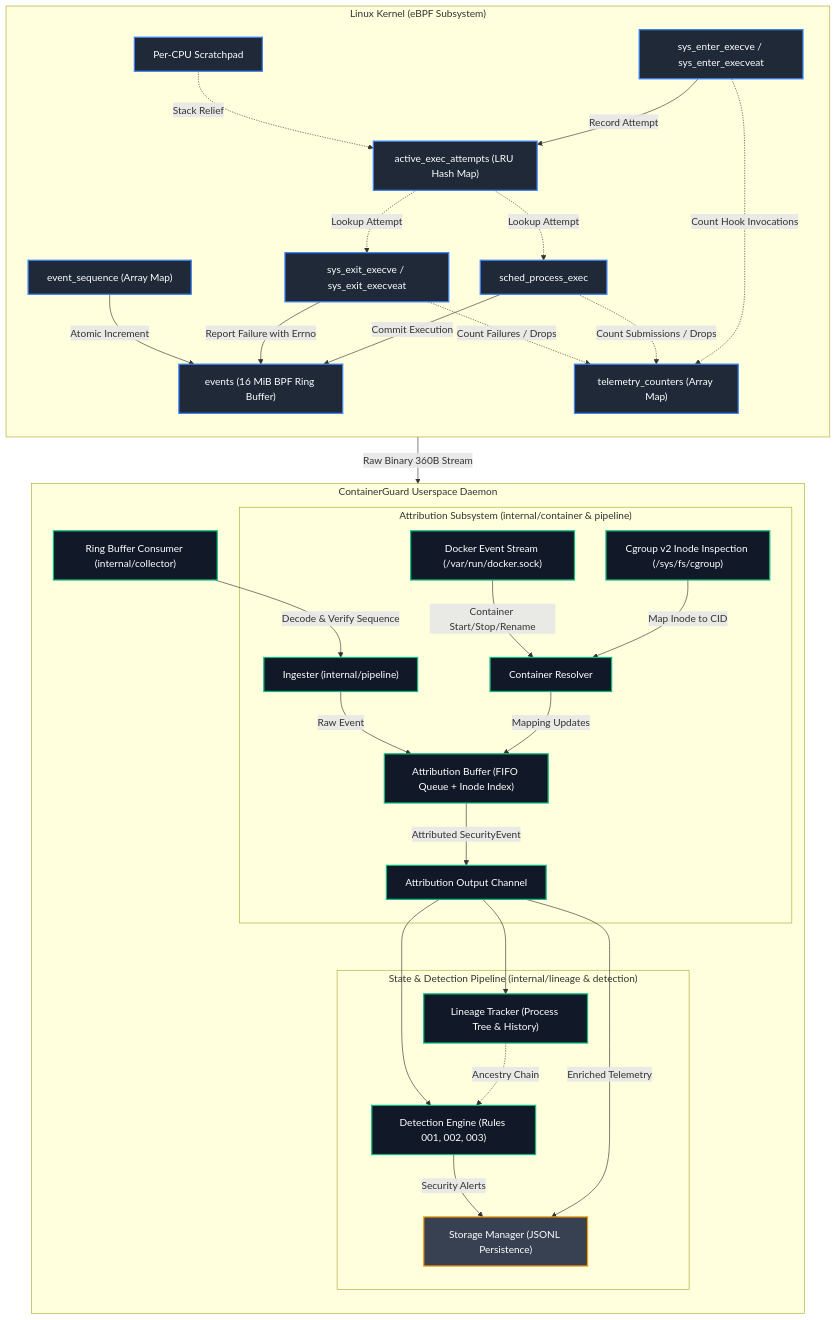
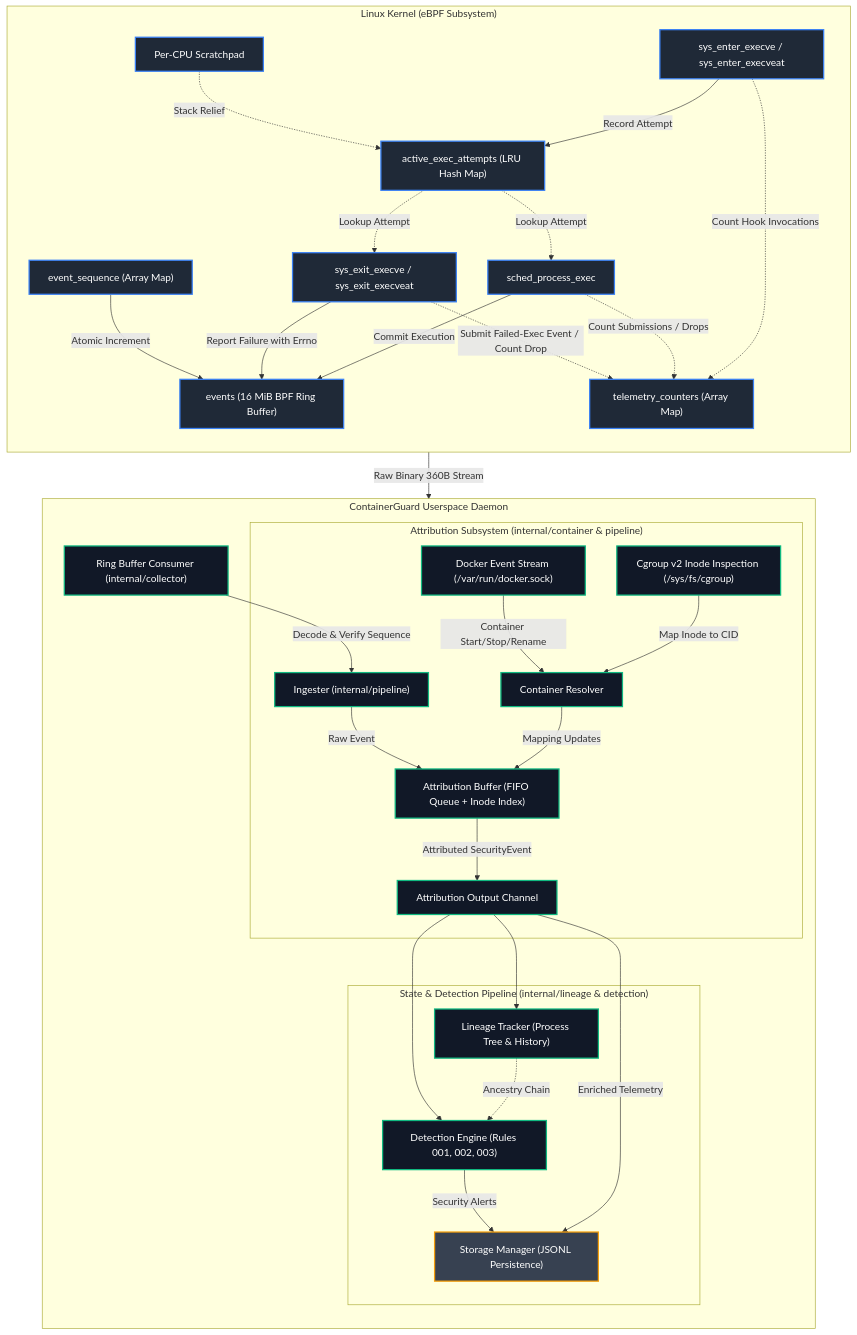
The second of 7 diagrams in README.md (ramKarthik57/containerguard), drawn with Mermaid before and after one commit. The commit also changed 2 other files, not shown here.

Commit message:
docs(audit): precision exit-hook counter label and atomic exclusive run dir creation

````diff
--- a/README.md
+++ b/README.md
@@ -129,47 +129,47 @@
 ```mermaid
 flowchart TD
     subgraph KernelSpace ["Linux Kernel (eBPF Subsystem)"]
         direction TB
         E1["sys_enter_execve / sys_enter_execveat"] -->|Record Attempt| AT["active_exec_attempts (LRU Hash Map)"]
         SP["sched_process_exec"] -->|Commit Execution| RB["events (16 MiB BPF Ring Buffer)"]
         EX["sys_exit_execve / sys_exit_execveat"] -->|Report Failure with Errno| RB
         
         AT -.->|Lookup Attempt| SP
         AT -.->|Lookup Attempt| EX
         
         SC["Per-CPU Scratchpad"] -.->|Stack Relief| AT
         SEQ["event_sequence (Array Map)"] -->|Atomic Increment| RB
         E1 -.->|Count Hook Invocations| TC["telemetry_counters (Array Map)"]
         SP -.->|Count Submissions / Drops| TC
-        EX -.->|Count Failures / Drops| TC
+        EX -.->|Submit Failed-Exec Event / Count Drop| TC
     end
 
     subgraph UserSpacePipeline ["ContainerGuard Userspace Daemon"]
         direction TB
         RB -->|Raw Binary 360B Stream| CR["Ring Buffer Consumer (internal/collector)"]
         CR -->|Decode & Verify Sequence| ING["Ingester (internal/pipeline)"]
         
         subgraph AttributionEngine ["Attribution Subsystem (internal/container & pipeline)"]
             ING -->|Raw Event| AB["Attribution Buffer (FIFO Queue + Inode Index)"]
             DR["Docker Event Stream (/var/run/docker.sock)"] -->|Container Start/Stop/Rename| CRZ["Container Resolver"]
             CG["Cgroup v2 Inode Inspection (/sys/fs/cgroup)"] -->|Map Inode to CID| CRZ
             CRZ -->|Mapping Updates| AB
             AB -->|Attributed SecurityEvent| OUT["Attribution Output Channel"]
         end
 
         subgraph AnalysisEngine ["State & Detection Pipeline (internal/lineage & detection)"]
             OUT --> LT["Lineage Tracker (Process Tree & History)"]
             OUT --> DE["Detection Engine (Rules 001, 002, 003)"]
             LT -.->|Ancestry Chain| DE
             DE -->|Security Alerts| ST["Storage Manager (JSONL Persistence)"]
             OUT -->|Enriched Telemetry| ST
         end
     end
 
     classDef kernel fill:#1f2937,stroke:#3b82f6,stroke-width:2px,color:#fff;
     classDef userspace fill:#111827,stroke:#10b981,stroke-width:2px,color:#fff;
     classDef storage fill:#374151,stroke:#f59e0b,stroke-width:2px,color:#fff;
     class E1,SP,EX,AT,RB,SC,SEQ,TC kernel;
     class CR,ING,AB,DR,CG,CRZ,OUT,LT,DE userspace;
     class ST storage;
 ```
````
